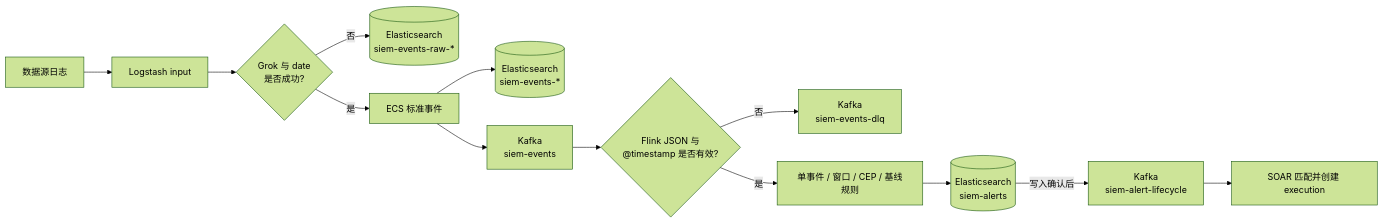
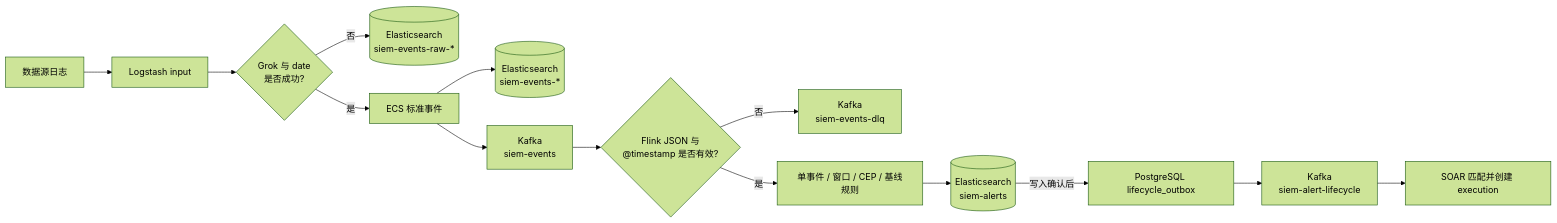
Before and after one commit to xsc683/HISIEM: the second of 5 diagrams in docs/architecture.md, drawn with Mermaid (forest theme). The commit also changed other lines of this file and 16 other files, not shown here.

Commit message:
chore: enforce formatting and refresh architecture docs

````diff
--- a/docs/architecture.md
+++ b/docs/architecture.md
@@ -73,15 +73,16 @@
 ```mermaid
 flowchart LR
     SOURCE["数据源日志"] --> LS["Logstash input"]
     LS --> PARSE{"Grok 与 date<br/>是否成功?"}
     PARSE -->|"否"| RAW[("Elasticsearch<br/>siem-events-raw-*")]
     PARSE -->|"是"| ECS["ECS 标准事件"]
     ECS --> EVENTS[("Elasticsearch<br/>siem-events-*")]
     ECS --> KAFKA["Kafka<br/>siem-events"]
     KAFKA --> FP{"Flink JSON 与<br/>@timestamp 是否有效?"}
     FP -->|"否"| DLQ["Kafka<br/>siem-events-dlq"]
     FP -->|"是"| RULES["单事件 / 窗口 / CEP / 基线规则"]
     RULES --> ALERT[("Elasticsearch<br/>siem-alerts")]
-    ALERT -->|"写入确认后"| ALERT_LIFE["Kafka<br/>siem-alert-lifecycle"]
+    ALERT -->|"写入确认后"| ALERT_OUTBOX["PostgreSQL lifecycle_outbox"]
+    ALERT_OUTBOX --> ALERT_LIFE["Kafka<br/>siem-alert-lifecycle"]
     ALERT_LIFE --> SOAR["SOAR 匹配并创建 execution"]
 ```
````
